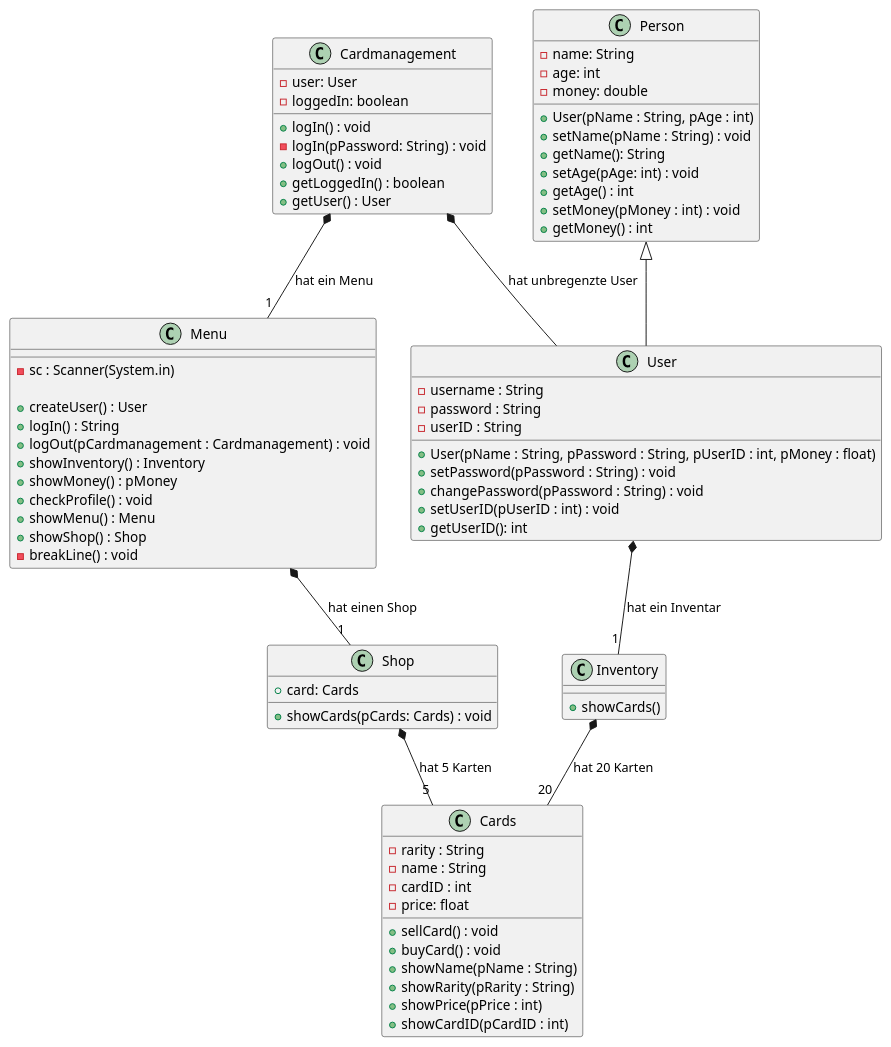
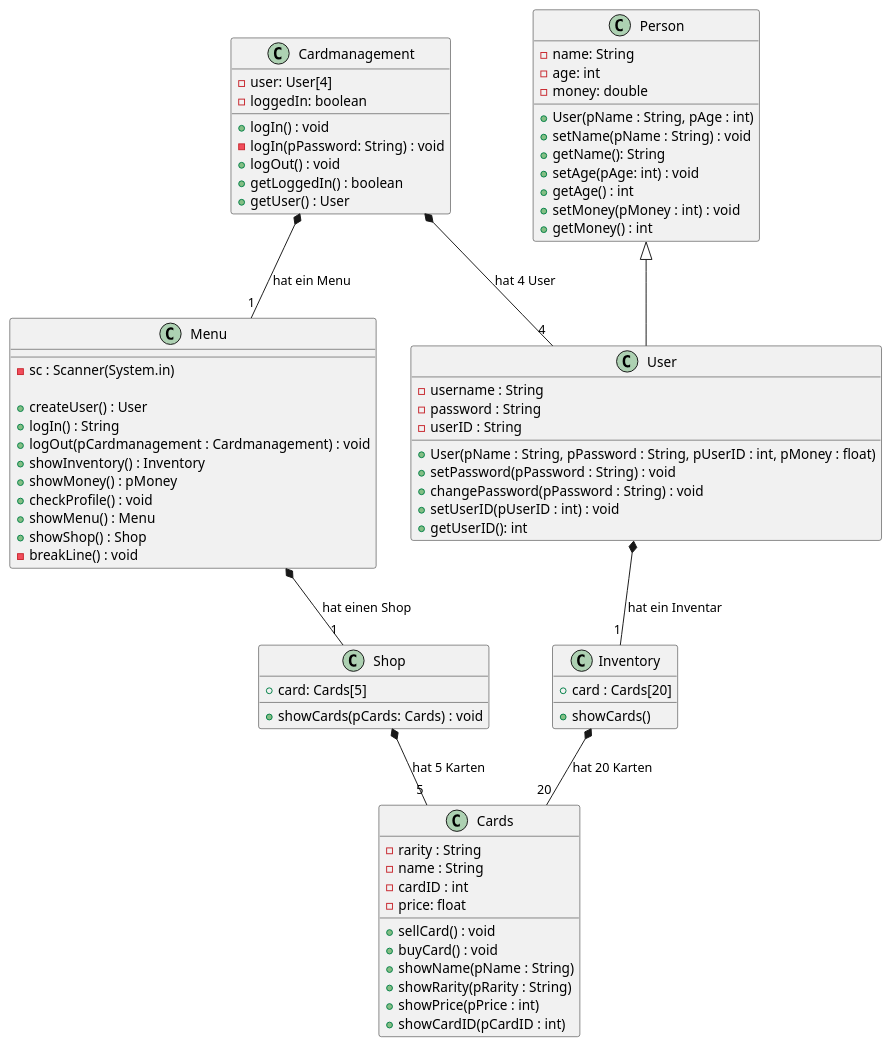
Before and after one commit to HEBK-BGM/Verwaltungssoftware_Team_4: the diagram in Docs/Pflichtenheft/Diagramme/Klassendiagramm-Card.iuml, drawn with PlantUML.

Commit message:
[FIX] Klassendiagramm - Arrays

```diff
--- a/Docs/Pflichtenheft/Diagramme/Klassendiagramm-Card.iuml
+++ b/Docs/Pflichtenheft/Diagramme/Klassendiagramm-Card.iuml
@@ -1,104 +1,104 @@
 @startuml Klassendiagramm
 
 class Cardmanagement{
-    -user: User
+    -user: User[4]
     -loggedIn: boolean
     +logIn() : void
     -logIn(pPassword: String) : void
     +logOut() : void
     +getLoggedIn() : boolean
     +getUser() : User
 
 
 
 }
 
 
 
 class Menu{
     -sc : Scanner(System.in)
 
     +createUser() : User
     +logIn() : String
     +logOut(pCardmanagement : Cardmanagement) : void
     +showInventory() : Inventory
     +showMoney() : pMoney
     +checkProfile() : void
     +showMenu() : Menu
     +showShop() : Shop
     -breakLine() : void
 
 
 }
 
 
 
 
 class Shop{
-    +card: Cards
+    +card: Cards[5]
     +showCards(pCards: Cards) : void
 
 }
 
 
 
 
 class User{
     -username : String
     -password : String
     -userID : String
 
 
     +User(pName : String, pPassword : String, pUserID : int, pMoney : float)
     +setPassword(pPassword : String) : void
     +changePassword(pPassword : String) : void
     +setUserID(pUserID : int) : void
     +getUserID(): int
 
 }
 class User extends Person{
   
 }
 class Person{
     -name: String
     -age: int
     -money: double
 
     +User(pName : String, pAge : int)
     +setName(pName : String) : void
     +getName(): String
     +setAge(pAge: int) : void
     +getAge() : int
     +setMoney(pMoney : int) : void
     +getMoney() : int
 }
 
 
 class Cards{
     -rarity : String
     -name : String
     -cardID : int
     -price: float
 
     +sellCard() : void
     +buyCard() : void
     +showName(pName : String)
     +showRarity(pRarity : String)
     +showPrice(pPrice : int)
     +showCardID(pCardID : int)
 
 }
 
 
 
 class Inventory{
-
++card : Cards[20]
 +showCards()
 }
 Cardmanagement *-- "1" Menu : hat ein Menu
 User *-- "1" Inventory : hat ein Inventar
-Cardmanagement *-- User : hat unbregenzte User
+Cardmanagement *-- "4" User : hat 4 User
 Menu *-- "1" Shop : hat einen Shop
 Shop *-- "5" Cards : hat 5 Karten 
 Inventory *-- "20" Cards : hat 20 Karten
 @enduml
```
